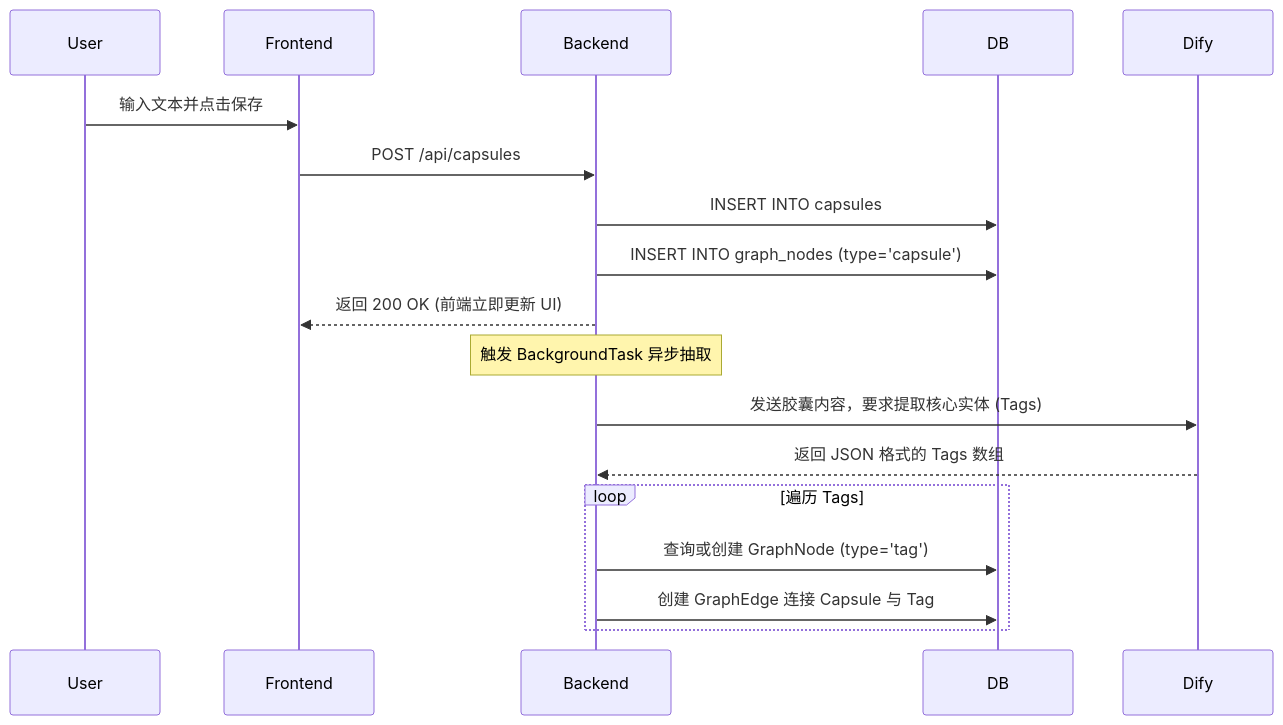
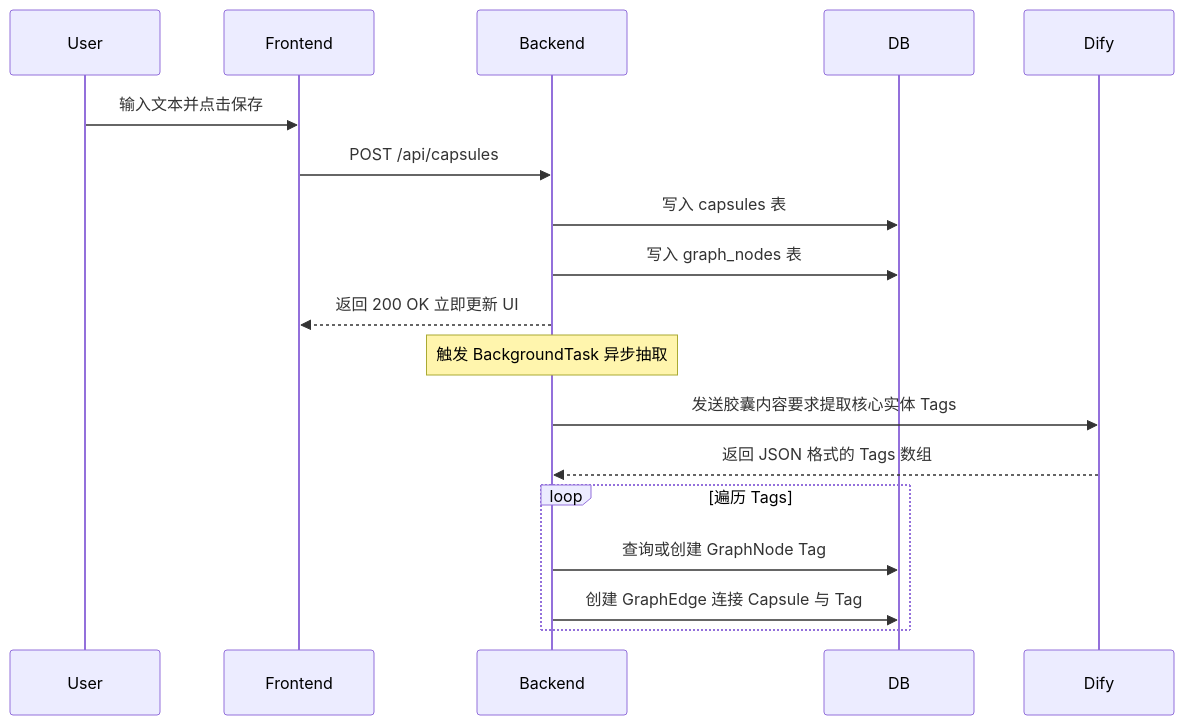
Before and after one commit to lisongjianustc/InsightGraph: the second of 7 diagrams in Project_Documentation.md, drawn with Mermaid. The commit also changed other lines of this file, not shown here.

Commit message:
docs: completely sanitize all mermaid diagrams by removing quotes, brackets, parentheses, colons, and special characters from node and edge labels to ensure maximum compatibility with strict markdown parsers

````diff
--- a/Project_Documentation.md
+++ b/Project_Documentation.md
@@ -117,23 +117,23 @@
 ```mermaid
 sequenceDiagram
     participant User
     participant Frontend
     participant Backend
     participant DB
     participant Dify
 
     User->>Frontend: 输入文本并点击保存
     Frontend->>Backend: POST /api/capsules
-    Backend->>DB: INSERT INTO capsules
-    Backend->>DB: INSERT INTO graph_nodes (type='capsule')
-    Backend-->>Frontend: 返回 200 OK (前端立即更新 UI)
+    Backend->>DB: 写入 capsules 表
+    Backend->>DB: 写入 graph_nodes 表
+    Backend-->>Frontend: 返回 200 OK 立即更新 UI
     
     Note over Backend: 触发 BackgroundTask 异步抽取
-    Backend->>Dify: 发送胶囊内容，要求提取核心实体 (Tags)
+    Backend->>Dify: 发送胶囊内容要求提取核心实体 Tags
     Dify-->>Backend: 返回 JSON 格式的 Tags 数组
     
     loop 遍历 Tags
-        Backend->>DB: 查询或创建 GraphNode (type='tag')
+        Backend->>DB: 查询或创建 GraphNode Tag
         Backend->>DB: 创建 GraphEdge 连接 Capsule 与 Tag
     end
 ```
````
